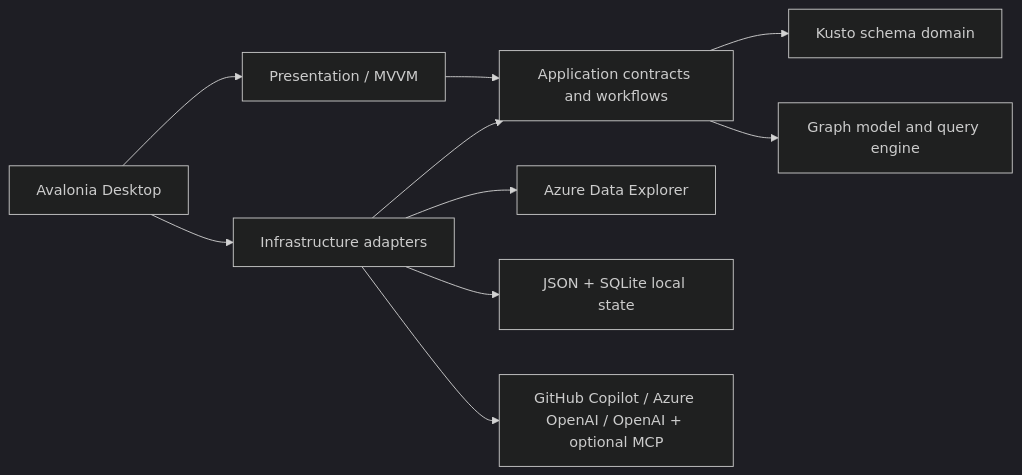
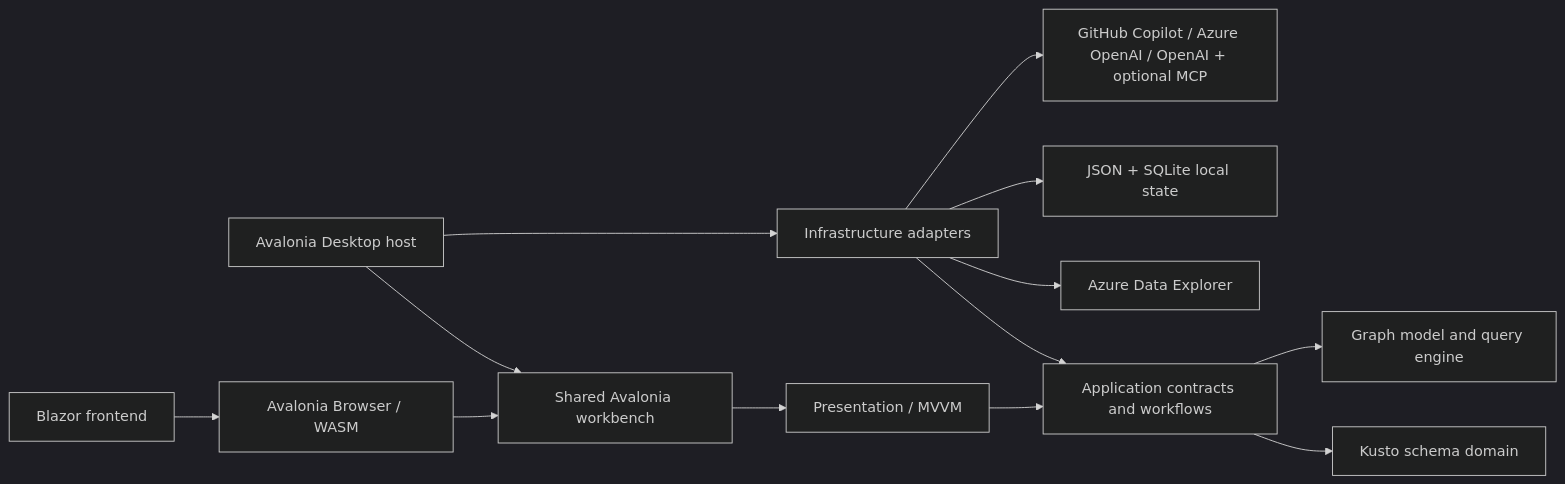
Before and after one commit to i-am-shodan/OpenKustoExplorer: the diagram in README.md, drawn with Mermaid (dark theme). The commit also changed other lines of this file and 300 other files, not shown here.

````diff
--- a/README.md
+++ b/README.md
@@ -288,12 +328,15 @@
 ```mermaid
 flowchart LR
-    Desktop["Avalonia Desktop"] --> Presentation["Presentation / MVVM"]
+  Desktop["Avalonia Desktop host"] --> Shared["Shared Avalonia workbench"]
+  Web["Blazor frontend"] --> Browser["Avalonia Browser / WASM"]
+  Browser --> Shared
+  Shared --> Presentation["Presentation / MVVM"]
   Desktop --> Infrastructure["Infrastructure adapters"]
     Presentation --> Application["Application contracts and workflows"]
   Infrastructure --> Application
     Application --> Domain["Kusto schema domain"]
     Application --> Graph["Graph model and query engine"]
     Infrastructure --> ADX["Azure Data Explorer"]
     Infrastructure --> Local["JSON + SQLite local state"]
     Infrastructure --> Copilot["GitHub Copilot / Azure OpenAI / OpenAI + optional MCP"]
 ```
````
